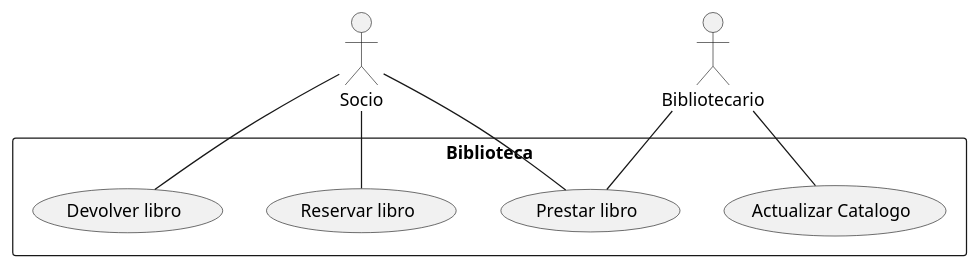
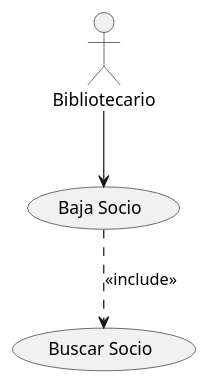
The diagram in src/CasosDeUso2UML.puml (Carlosmanuelpre/CasosDeUsos2UML), drawn with PlantUML before and after one commit.

Commit message:
Ejemplo nº2, En este ejemplo vemos la relacion de casos de uso mediante la Inclusión que se realida entre los dos unicos que hay

```diff
--- a/src/CasosDeUso2UML.puml
+++ b/src/CasosDeUso2UML.puml
@@ -1,18 +1,12 @@
 @startuml
-:Socio:
+
 :Bibliotecario:
 
-rectangle Biblioteca {
-(Reservar libro)
-(Prestar libro)
-(Devolver libro)
-(Actualizar Catalogo)
-}
+(Baja Socio)
+(Buscar Socio)
 
-Socio -- (Reservar libro)
-Socio -- (Prestar libro)
-Socio -- (Devolver libro)
+Bibliotecario --> (Baja Socio)
 
-Bibliotecario -- (Prestar libro)
-Bibliotecario -- (Actualizar Catalogo)
+(Baja Socio) ..> (Buscar Socio): <<include>>
+
 @enduml
```
